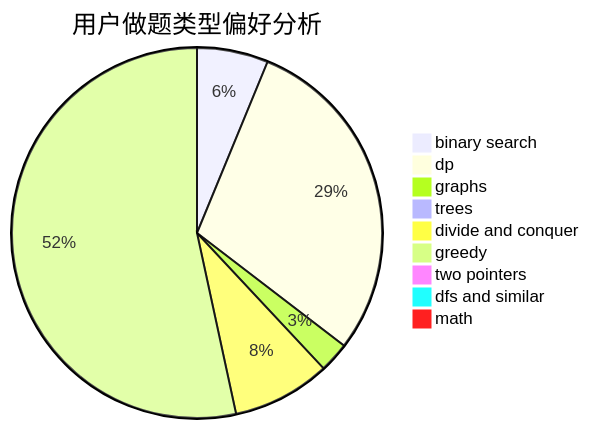
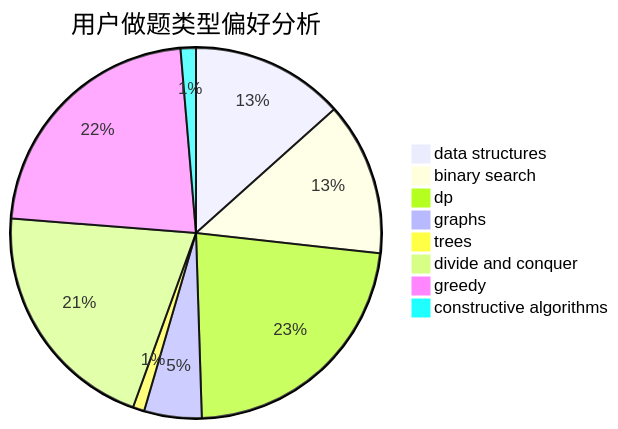
One commit to sherpahu/cfrs.github.io changed the second of 3 diagrams in docs/user/u1638.md. Above: the diagram before and after it, drawn with Mermaid. The commit also changed other lines of this file and 2775 other files, not shown here.

````diff
--- a/docs/user/u1638.md
+++ b/docs/user/u1638.md
@@ -23,12 +23,11 @@
 ```mermaid
 pie title 用户做题类型偏好分析
-    "binary search" :  45
-    "dp" :  211
-    "graphs" :  19
-    "trees" :  7
+    "data structures" :  40
+    "binary search" :  40
+    "dp" :  68
+    "graphs" :  15
+    "trees" :  3
     "divide and conquer" :  62
-    "greedy" :  386
-    "two pointers" :  0
-    "dfs and similar" :  4
-    "math" :  4
+    "greedy" :  67
+    "constructive algorithms" :  4
 ```
````
